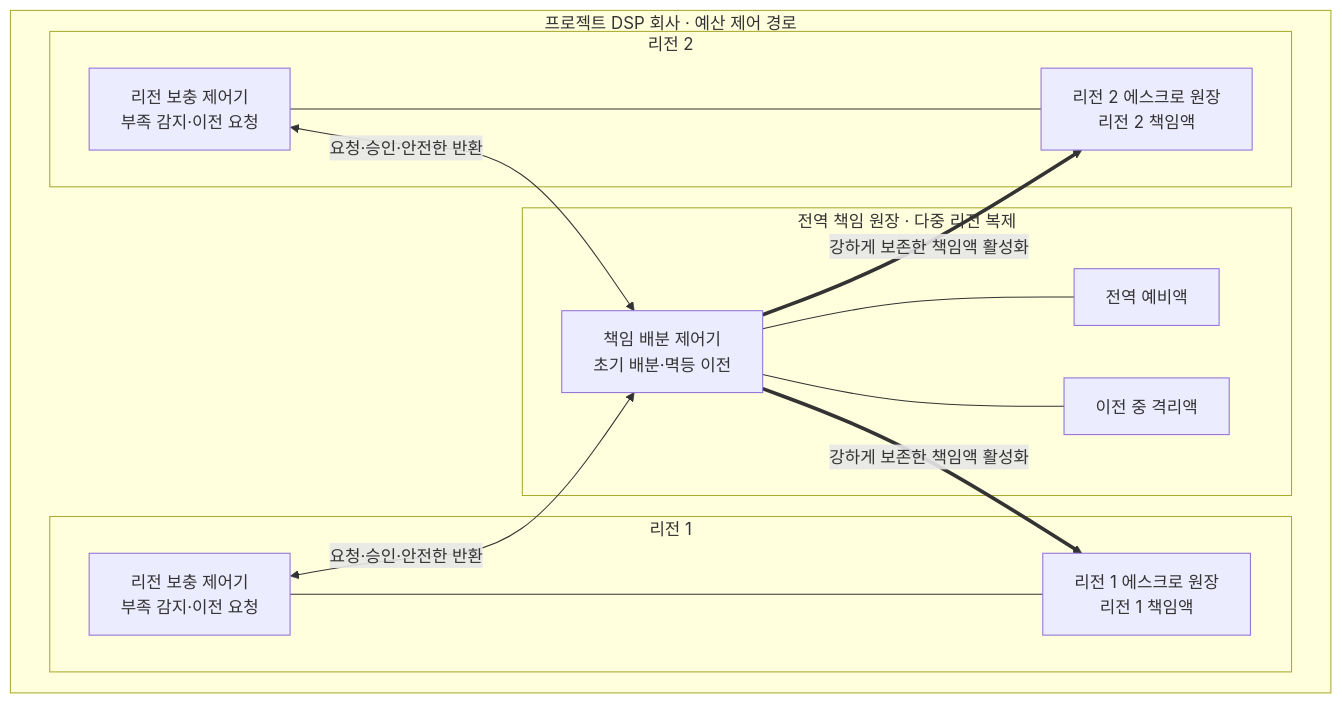
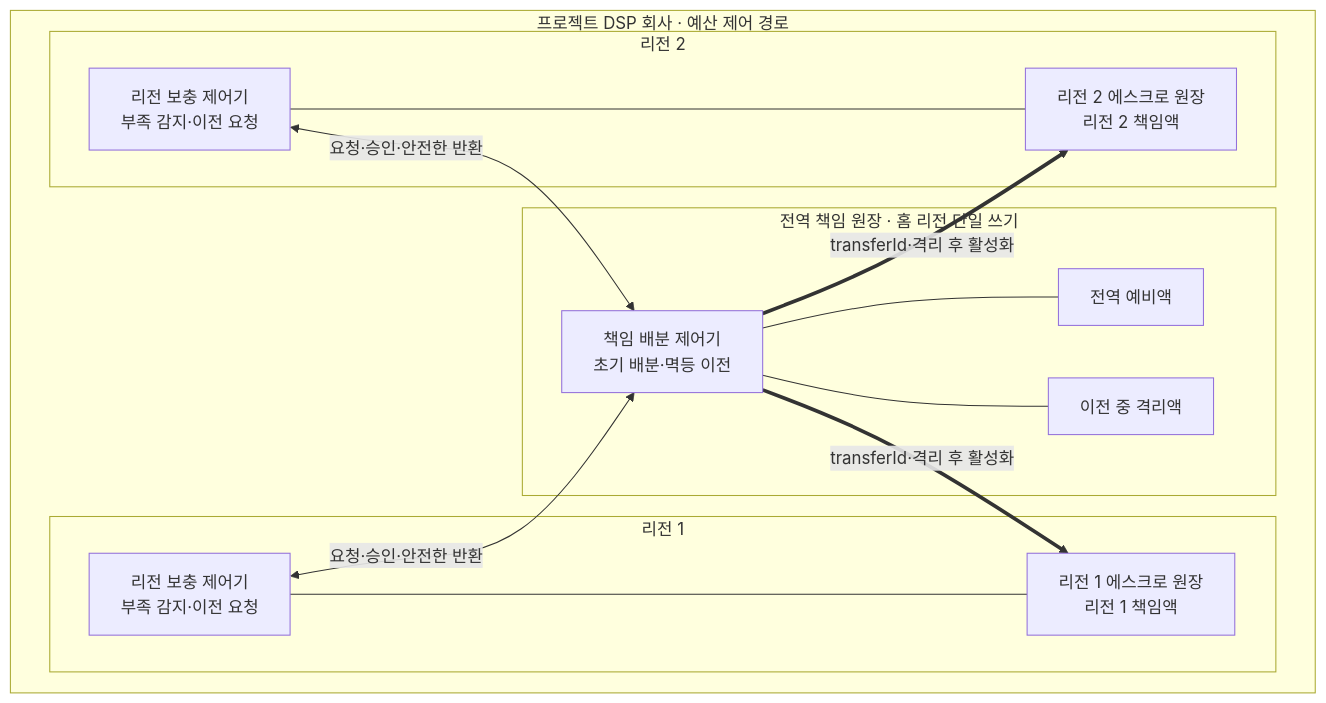
Before and after one commit to bbororo5/low-latency-openrtb-auction: the diagram in docs/architecture/decisions/ADR-003-regional-budget-allocation.md, drawn with Mermaid. The commit also changed other lines of this file and 11 other files, not shown here.

````diff
--- a/docs/architecture/decisions/ADR-003-regional-budget-allocation.md
+++ b/docs/architecture/decisions/ADR-003-regional-budget-allocation.md
@@ -21,29 +21,29 @@
 ```mermaid
 flowchart TB
     subgraph PDSP["프로젝트 DSP 회사 · 예산 제어 경로"]
-        subgraph GLOBAL["전역 책임 원장 · 다중 리전 복제"]
+        subgraph GLOBAL["전역 책임 원장 · 홈 리전 단일 쓰기"]
             AUTH["책임 배분 제어기<br/>초기 배분·멱등 이전"]
             RESERVE["전역 예비액"]
             TRANSFER["이전 중 격리액"]
             AUTH --- RESERVE
             AUTH --- TRANSFER
         end
 
         subgraph R1["리전 1"]
             RC1["리전 보충 제어기<br/>부족 감지·이전 요청"]
             L1["리전 1 에스크로 원장<br/>리전 1 책임액"]
             RC1 --- L1
         end
 
         subgraph R2["리전 2"]
             RC2["리전 보충 제어기<br/>부족 감지·이전 요청"]
             L2["리전 2 에스크로 원장<br/>리전 2 책임액"]
             RC2 --- L2
         end
 
         RC1 <-->|"요청·승인·안전한 반환"| AUTH
         RC2 <-->|"요청·승인·안전한 반환"| AUTH
-        AUTH ==>|"강하게 보존한 책임액 활성화"| L1
-        AUTH ==>|"강하게 보존한 책임액 활성화"| L2
+        AUTH ==>|"transferId·격리 후 활성화"| L1
+        AUTH ==>|"transferId·격리 후 활성화"| L2
     end
 ```
````
